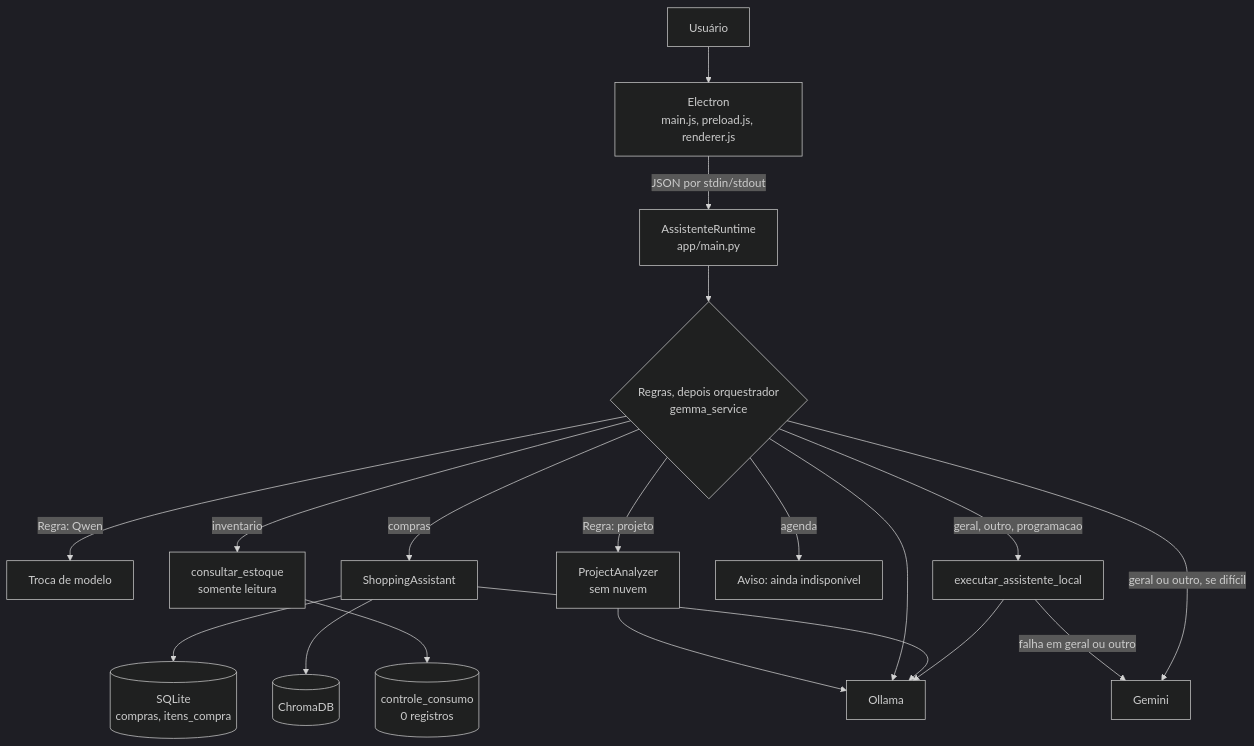
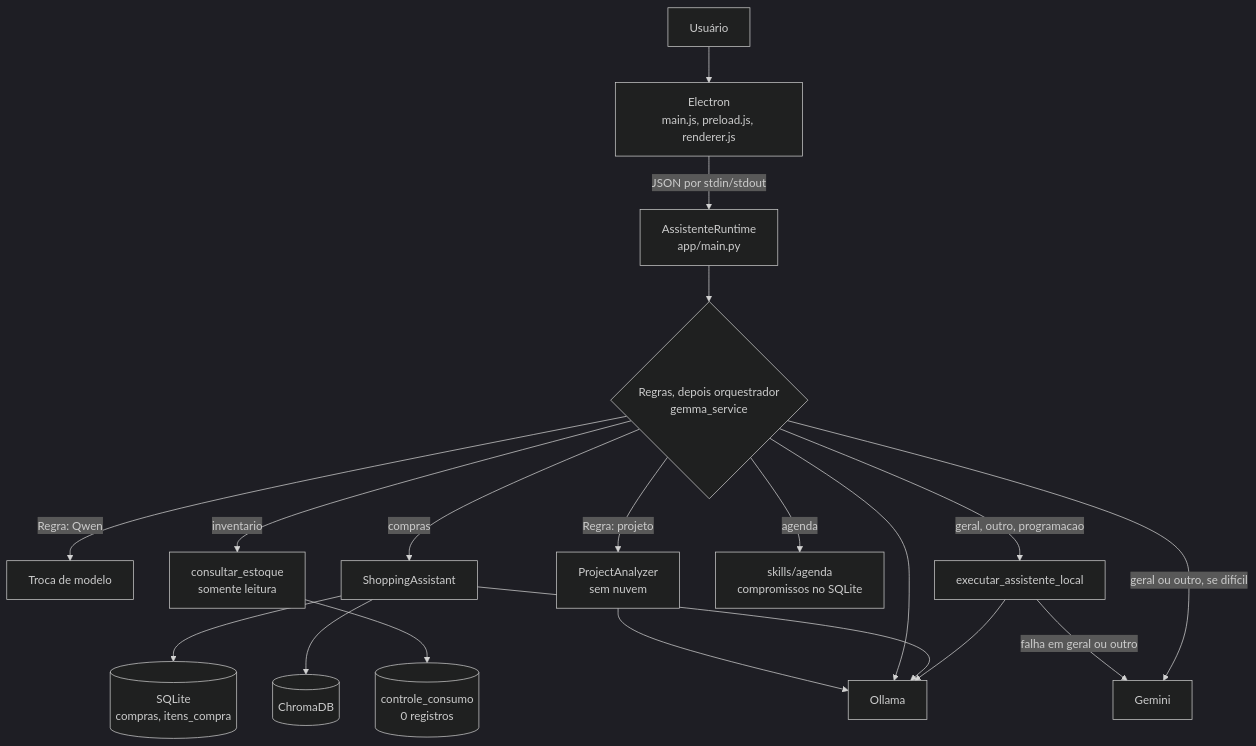
The diagram in Sobre a Versão/08 - Estado Atual da V4.md (Felipe-Stu/assistente-domestico), drawn with Mermaid (dark theme) before and after one commit. The commit also changed other lines of this file and 10 other files, not shown here.

````diff
--- a/Sobre a Versão/08 - Estado Atual da V4.md
+++ b/Sobre a Versão/08 - Estado Atual da V4.md
@@ -78,21 +78,21 @@
 ```mermaid
 graph TD
     USER["Usuário"] --> UI["Electron<br>main.js, preload.js, renderer.js"]
     UI -->|"JSON por stdin/stdout"| RT["AssistenteRuntime<br>app/main.py"]
     RT --> ORQ{"Regras, depois orquestrador<br>gemma_service"}
     ORQ -->|"Regra: Qwen"| QW["Troca de modelo"]
     ORQ -->|"Regra: projeto"| PA["ProjectAnalyzer<br>sem nuvem"]
     ORQ -->|"compras"| SH["ShoppingAssistant"]
     ORQ -->|"inventario"| INV["consultar_estoque<br>somente leitura"]
-    ORQ -->|"agenda"| AG["Aviso: ainda indisponível"]
+    ORQ -->|"agenda"| AG["skills/agenda<br>compromissos no SQLite"]
     ORQ -->|"geral, outro, programacao"| LOCAL["executar_assistente_local"]
     ORQ -->|"geral ou outro, se difícil"| NUVEM["Gemini"]
     LOCAL -->|"falha em geral ou outro"| NUVEM
     SH --> SQL[("SQLite<br>compras, itens_compra")]
     SH --> CH[("ChromaDB")]
     INV --> CC[("controle_consumo<br>0 registros")]
     LOCAL --> OLL["Ollama"]
     SH --> OLL
     ORQ --> OLL
     PA --> OLL
 ```
````
